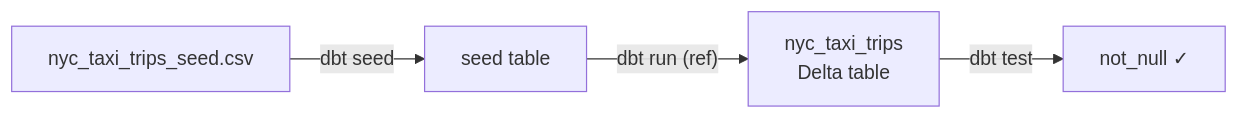
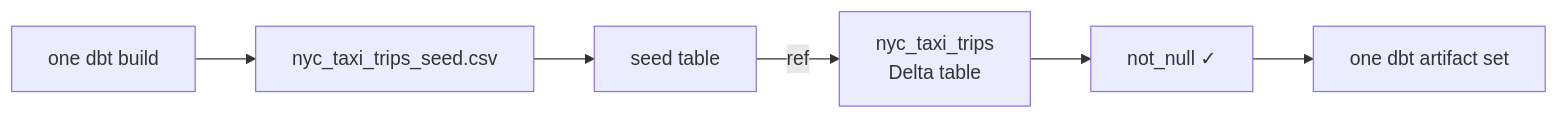
The diagram in docs/tutorials/explore-the-project.md (MiguelElGallo/bricks-cli), drawn with Mermaid before and after one commit. The commit also changed other lines of this file and 35 other files, not shown here.

````diff
--- a/docs/tutorials/explore-the-project.md
+++ b/docs/tutorials/explore-the-project.md
@@ -160,6 +161,8 @@
 ```mermaid
 flowchart LR
-    csv["nyc_taxi_trips_seed.csv"] -->|dbt seed| seedtbl["seed table"]
-    seedtbl -->|"dbt run (ref)"| tbl["nyc_taxi_trips<br/>Delta table"]
-    tbl -->|dbt test| ok["not_null ✓"]
+    build["one dbt build"] --> csv["nyc_taxi_trips_seed.csv"]
+    csv --> seedtbl["seed table"]
+    seedtbl -->|ref| tbl["nyc_taxi_trips<br/>Delta table"]
+    tbl --> ok["not_null ✓"]
+    ok --> artifacts["one dbt artifact set"]
 ```
````
